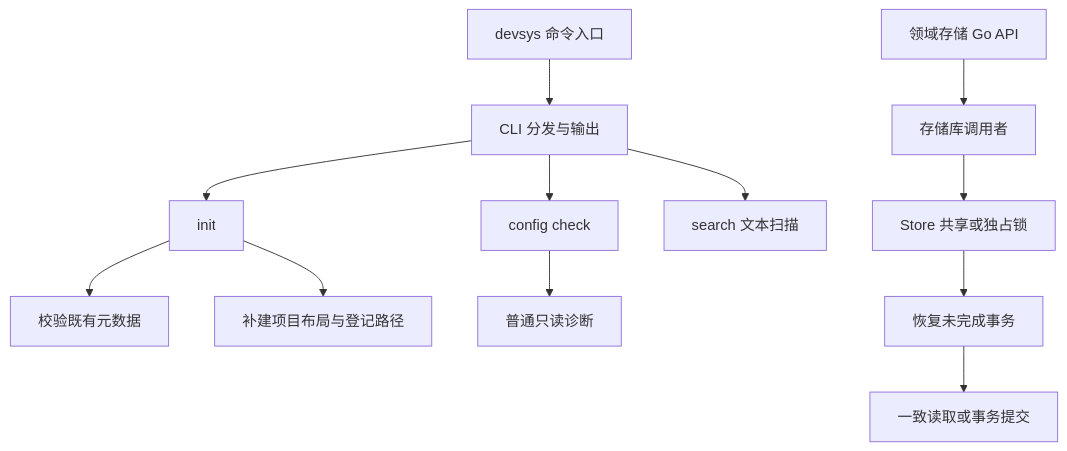
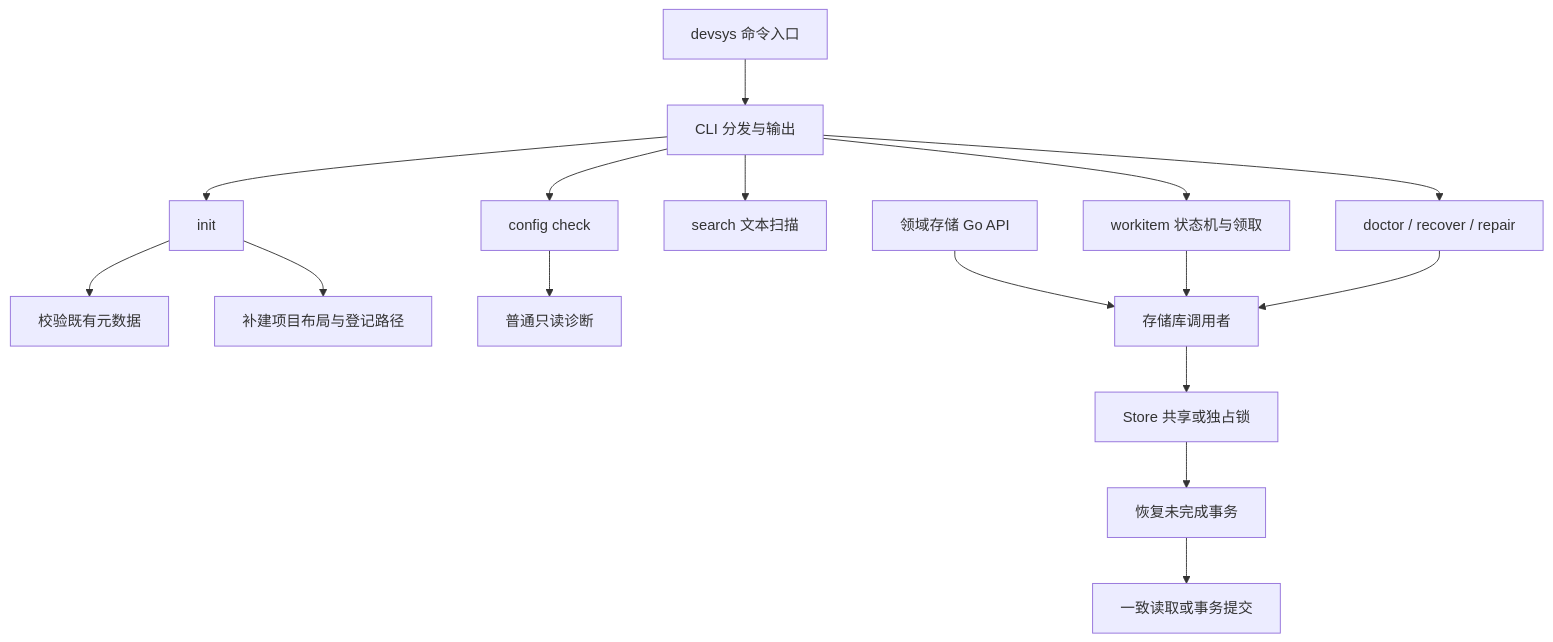
One commit to JAYY513/Workloom changed the diagram in docs/repowiki/content/项目总览.md. Above: the diagram before and after it, drawn with Mermaid. The commit also changed other lines of this file and 23 other files, not shown here.

````diff
--- a/docs/repowiki/content/项目总览.md
+++ b/docs/repowiki/content/项目总览.md
@@ -74,14 +84,18 @@
 ```mermaid
 flowchart TD
     A[devsys 命令入口] --> B[CLI 分发与输出]
     B --> C[init]
     B --> D[config check]
     B --> S[search 文本扫描]
+    B --> W[workitem 状态机与领取]
+    B --> R[doctor / recover / repair]
     C --> E[校验既有元数据]
     C --> F[补建项目布局与登记路径]
     D --> G[普通只读诊断]
     H[存储库调用者] --> I[Store 共享或独占锁]
     L[领域存储 Go API] --> H
+    W --> H
+    R --> H
     I --> J[恢复未完成事务]
     J --> K[一致读取或事务提交]
 ```
````
